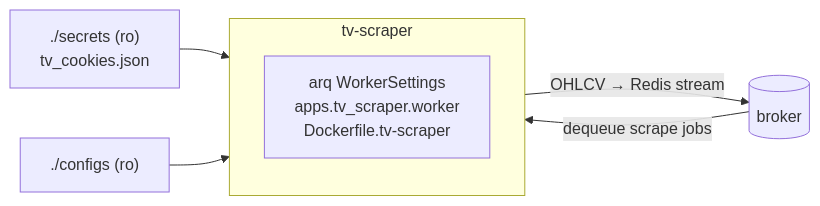
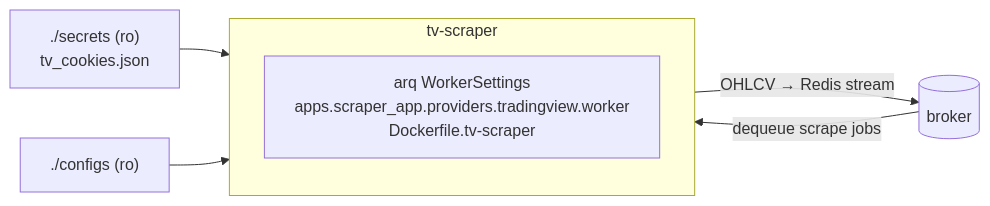
One commit to transparentCode/flipperAgent changed the eighth of 11 diagrams in docs/docker_topology.md. Above: the diagram before and after it, drawn with Mermaid. The commit also changed other lines of this file and 15 other files, not shown here.

Commit message:
Store flipperAgent/scraper_app/2026-06-08-phase4-remove-legacy-apps in default

````diff
--- a/docs/docker_topology.md
+++ b/docs/docker_topology.md
@@ -281,10 +281,10 @@
 ```mermaid
 graph LR
     BRK[(broker)] -->|dequeue scrape jobs| TV
     subgraph TV["tv-scraper"]
-        ARQ2["arq WorkerSettings\napps.tv_scraper.worker\nDockerfile.tv-scraper"]
+        ARQ2["arq WorkerSettings\napps.scraper_app.providers.tradingview.worker\nDockerfile.tv-scraper"]
     end
     TV -->|OHLCV → Redis stream| BRK
     SEC["./secrets (ro)\ntv_cookies.json"] --> TV
     CFG["./configs (ro)"] --> TV
 ```
````
